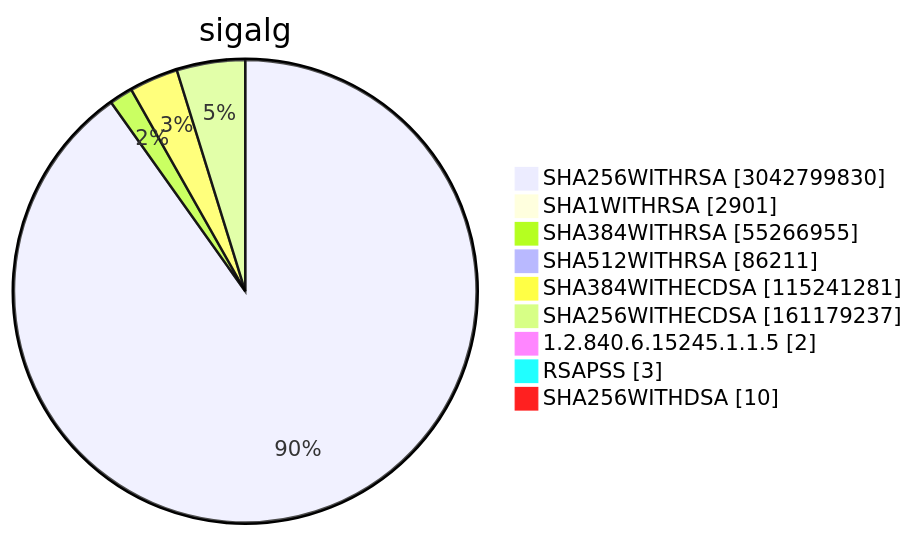
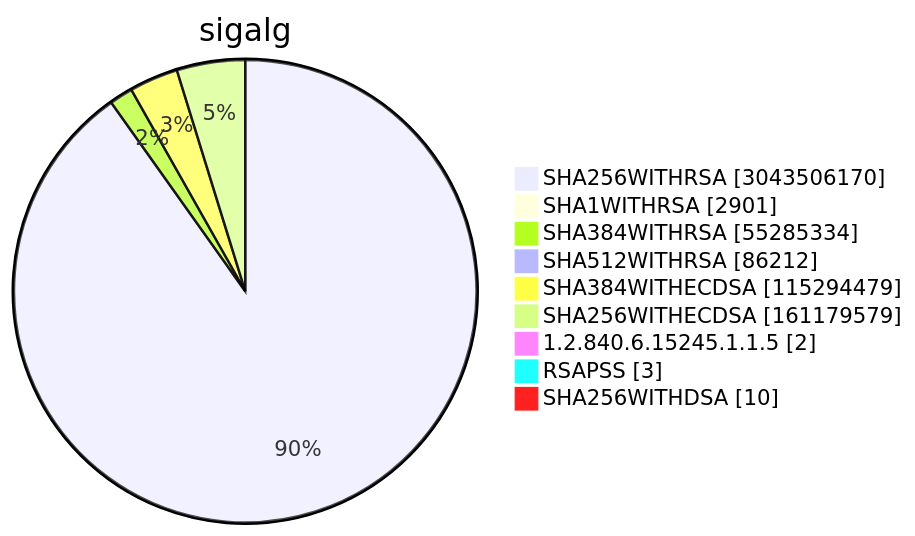
One commit to christiankrug/ctmonitor_visualization changed diagram 15 of 15 in TOTAL/README.md. Above: the diagram before and after it, drawn with Mermaid. The commit also changed other lines of this file, not shown here.

````diff
--- a/TOTAL/README.md
+++ b/TOTAL/README.md
@@ -6208,13 +6208,13 @@
 ```mermaid
 pie showData
 title sigalg
-"SHA256WITHRSA" :3042799830
+"SHA256WITHRSA" :3043506170
 "SHA1WITHRSA" :2901
-"SHA384WITHRSA" :55266955
-"SHA512WITHRSA" :86211
-"SHA384WITHECDSA" :115241281
-"SHA256WITHECDSA" :161179237
+"SHA384WITHRSA" :55285334
+"SHA512WITHRSA" :86212
+"SHA384WITHECDSA" :115294479
+"SHA256WITHECDSA" :161179579
 "1.2.840.6.15245.1.1.5" :2
 "RSAPSS" :3
 "SHA256WITHDSA" :10
 ```
````
